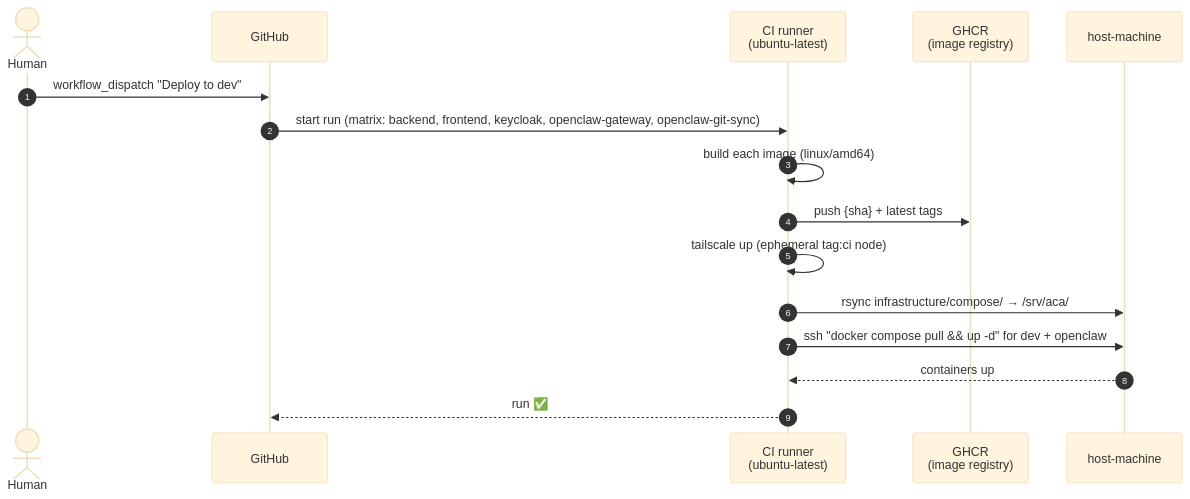
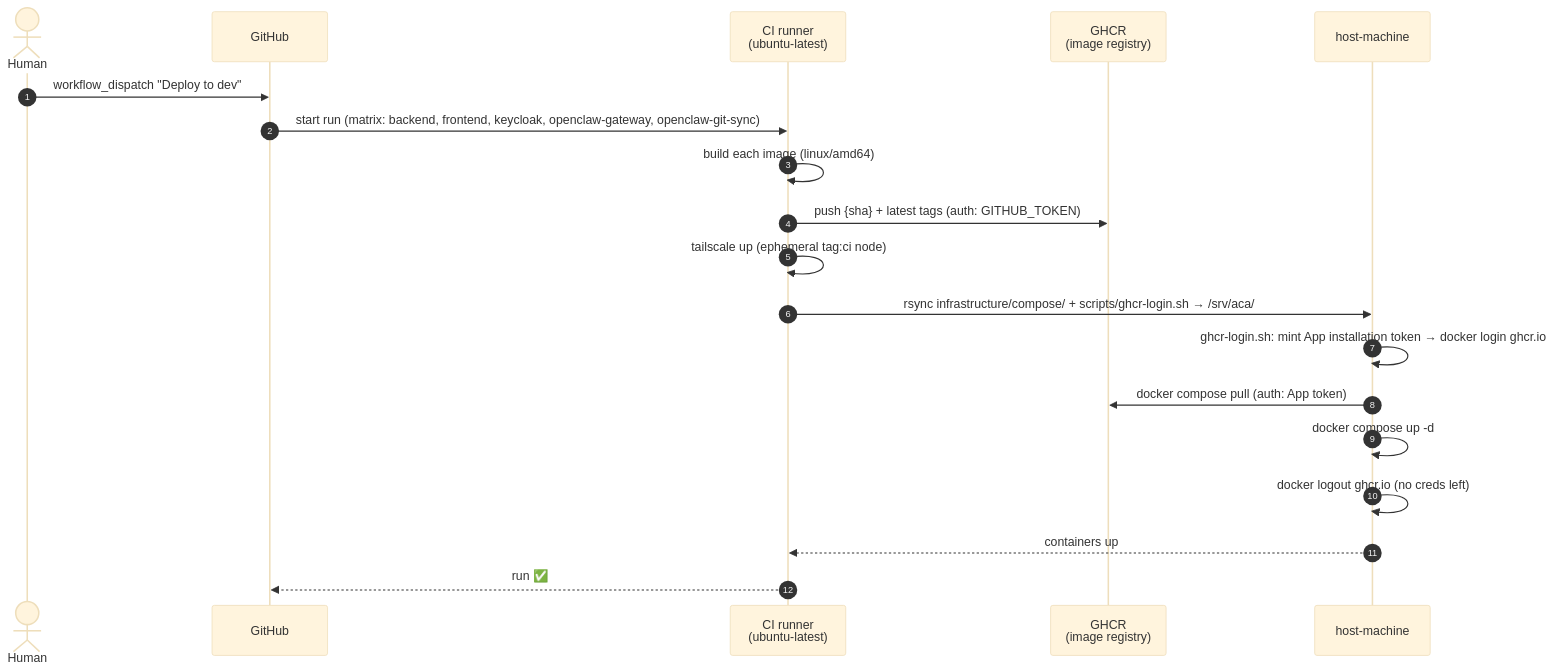
Before and after one commit to ArchiCain/automated-coding-agent: the third of 3 diagrams in infrastructure/.docs/ecosystem.md, drawn with Mermaid (base theme). The commit also changed other lines of this file and 7 other files, not shown here.

First line of the commit message:
Use the GitHub App (not a PAT) for host-side GHCR auth

````diff
--- a/infrastructure/.docs/ecosystem.md
+++ b/infrastructure/.docs/ecosystem.md
@@ -97,19 +97,22 @@
 ```mermaid
 sequenceDiagram
   autonumber
   actor Human
   participant GH as GitHub
   participant CI as CI runner<br/>(ubuntu-latest)
   participant GHCR as GHCR<br/>(image registry)
   participant Host as host-machine
 
   Human->>GH: workflow_dispatch "Deploy to dev"
   GH->>CI: start run (matrix: backend, frontend, keycloak, openclaw-gateway, openclaw-git-sync)
   CI->>CI: build each image (linux/amd64)
-  CI->>GHCR: push {sha} + latest tags
+  CI->>GHCR: push {sha} + latest tags (auth: GITHUB_TOKEN)
   CI->>CI: tailscale up (ephemeral tag:ci node)
-  CI->>Host: rsync infrastructure/compose/ → /srv/aca/
-  CI->>Host: ssh "docker compose pull && up -d" for dev + openclaw
+  CI->>Host: rsync infrastructure/compose/ + scripts/ghcr-login.sh → /srv/aca/
+  Host->>Host: ghcr-login.sh: mint App installation token → docker login ghcr.io
+  Host->>GHCR: docker compose pull (auth: App token)
+  Host->>Host: docker compose up -d
+  Host->>Host: docker logout ghcr.io (no creds left)
   Host-->>CI: containers up
   CI-->>GH: run ✅
 ```
````
